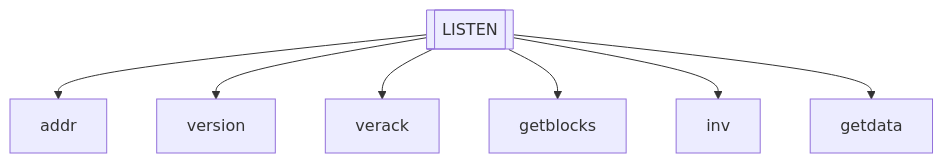
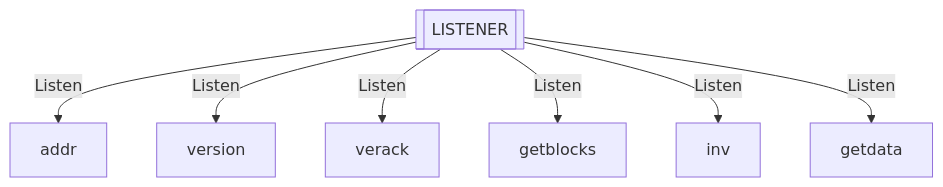
The first of 4 diagrams in README.md (oxarbitrage/zcash-p2p-spec), drawn with Mermaid before and after one commit. The commit also changed other lines of this file and 1 other file, not shown here.

````diff
--- a/README.md
+++ b/README.md
@@ -8,9 +40,9 @@
 ```mermaid
 flowchart TD
-LISTEN[[LISTEN]] --> addr
-LISTEN --> version
-LISTEN --> verack
-LISTEN --> getblocks
-LISTEN --> inv
-LISTEN --> getdata
+LISTENER[[LISTENER]] --> |Listen|addr
+LISTENER --> |Listen|version
+LISTENER --> |Listen|verack
+LISTENER --> |Listen|getblocks
+LISTENER --> |Listen|inv
+LISTENER --> |Listen|getdata
 ```
````
